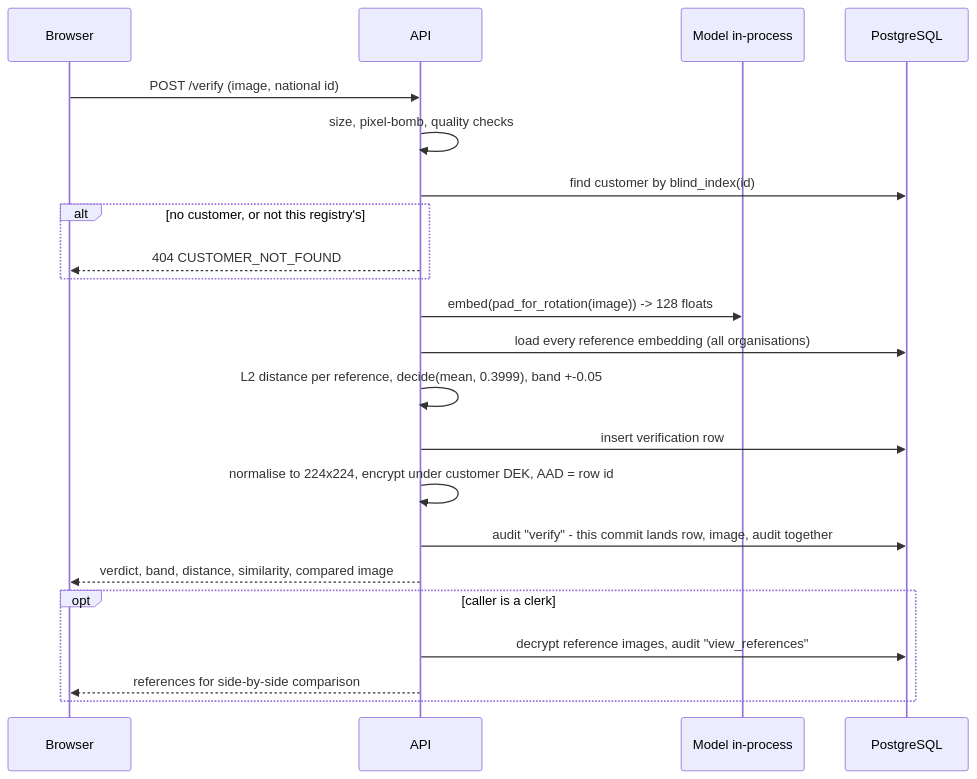
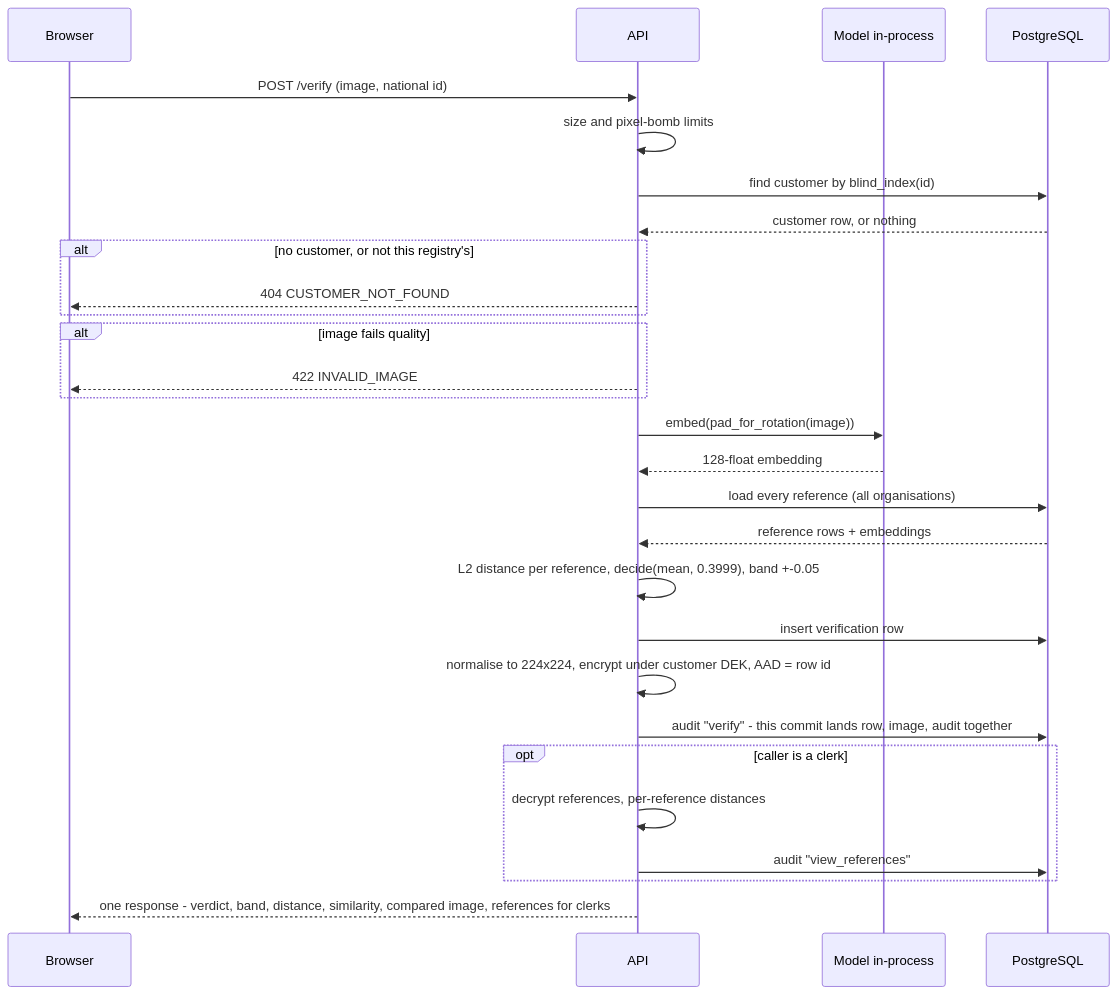
Before and after one commit to raz34900/SecureSign: the fourth of 7 diagrams in ARCHITECTURE.md, drawn with Mermaid. The commit also changed other lines of this file, not shown here.

Commit message:
docs: architecture nav and verify-flow fixes

````diff
--- a/ARCHITECTURE.md
+++ b/ARCHITECTURE.md
@@ -157,24 +169,30 @@
 ```mermaid
 sequenceDiagram
     participant B as Browser
     participant A as API
     participant M as Model in-process
     participant D as PostgreSQL
     B->>A: POST /verify (image, national id)
-    A->>A: size, pixel-bomb, quality checks
+    A->>A: size and pixel-bomb limits
     A->>D: find customer by blind_index(id)
+    D-->>A: customer row, or nothing
     alt no customer, or not this registry's
         A-->>B: 404 CUSTOMER_NOT_FOUND
     end
-    A->>M: embed(pad_for_rotation(image)) -> 128 floats
-    A->>D: load every reference embedding (all organisations)
+    alt image fails quality
+        A-->>B: 422 INVALID_IMAGE
+    end
+    A->>M: embed(pad_for_rotation(image))
+    M-->>A: 128-float embedding
+    A->>D: load every reference (all organisations)
+    D-->>A: reference rows + embeddings
     A->>A: L2 distance per reference, decide(mean, 0.3999), band +-0.05
     A->>D: insert verification row
     A->>A: normalise to 224x224, encrypt under customer DEK, AAD = row id
     A->>D: audit "verify" - this commit lands row, image, audit together
-    A-->>B: verdict, band, distance, similarity, compared image
     opt caller is a clerk
-        A->>D: decrypt reference images, audit "view_references"
-        A-->>B: references for side-by-side comparison
+        A->>A: decrypt references, per-reference distances
+        A->>D: audit "view_references"
     end
+    A-->>B: one response - verdict, band, distance, similarity, compared image, references for clerks
 ```
````
